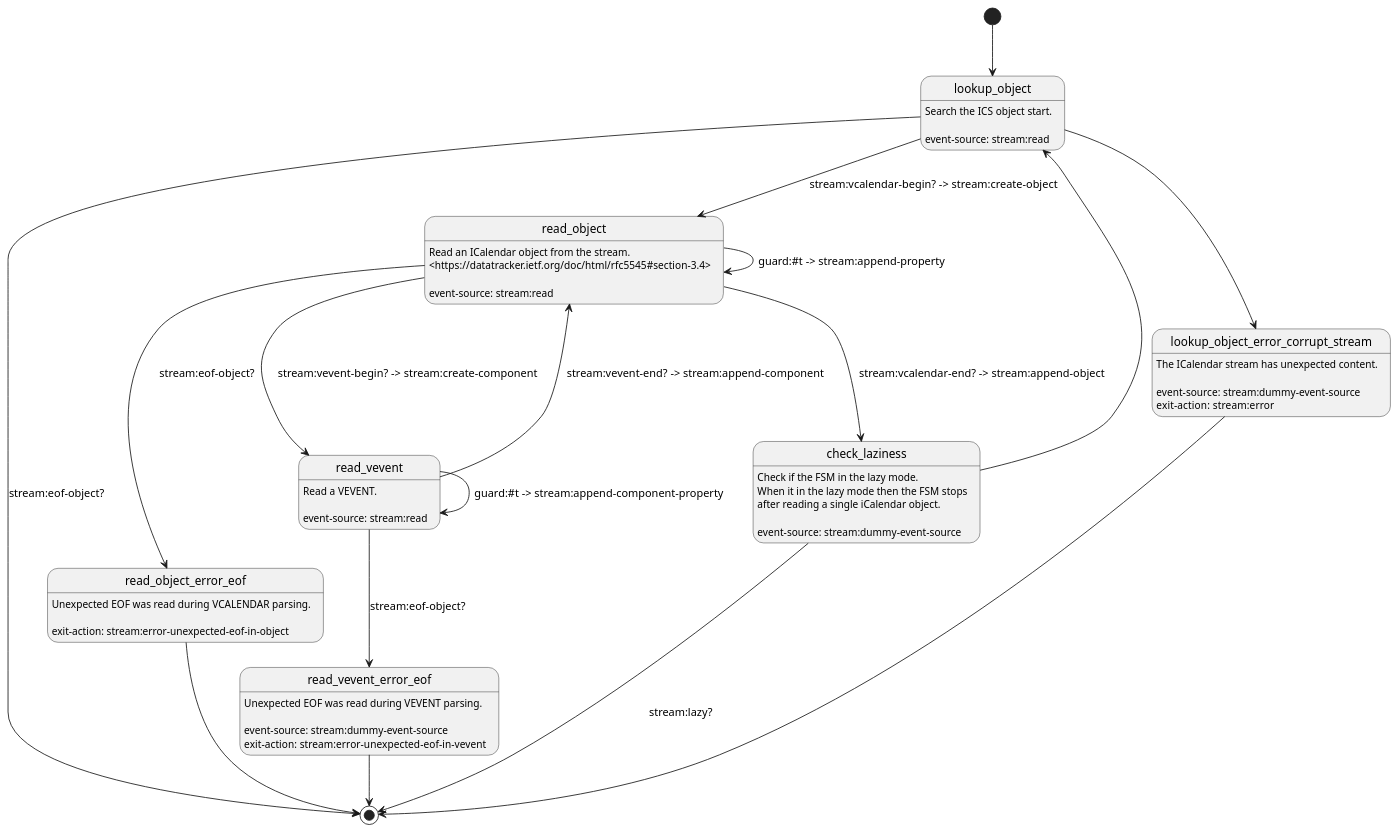
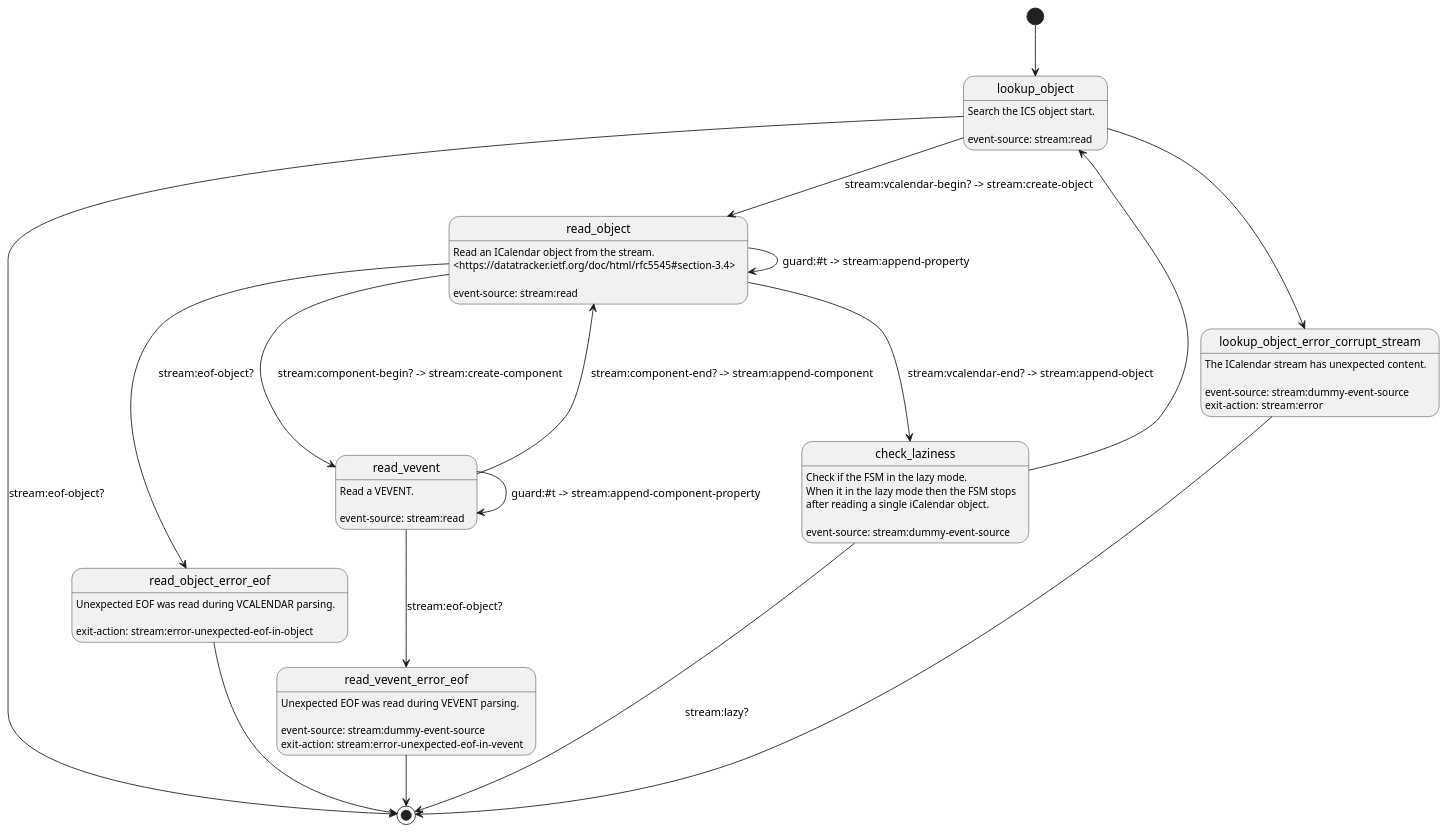
Before and after one commit to artyom-poptsov/guile-ics: the diagram in modules/ics/fsm/stream-parser.puml, drawn with PlantUML. The commit also changed 3 other files, not shown here.

First line of the commit message:
modules/ics/fsm/stream-context: Support all component types

```diff
--- a/modules/ics/fsm/stream-parser.puml
+++ b/modules/ics/fsm/stream-parser.puml
@@ -1,52 +1,52 @@
 @startuml
 [*] --> lookup_object
 
 lookup_object: Search the ICS object start.
 lookup_object:
 lookup_object: event-source: stream:read
 lookup_object --> [*]:         stream:eof-object?
 lookup_object --> read_object: stream:vcalendar-begin? -> stream:create-object
 lookup_object --> lookup_object_error_corrupt_stream
 
 lookup_object_error_corrupt_stream: The ICalendar stream has unexpected content.
 lookup_object_error_corrupt_stream:
 lookup_object_error_corrupt_stream: event-source: stream:dummy-event-source
 lookup_object_error_corrupt_stream: exit-action:  stream:error
 lookup_object_error_corrupt_stream --> [*]
 
 read_object: Read an ICalendar object from the stream.
 read_object: <https://datatracker.ietf.org/doc/html/rfc5545#section-3.4>
 read_object:
 read_object: event-source: stream:read
 read_object --> read_object_error_eof:  stream:eof-object?
 read_object --> check_laziness:         stream:vcalendar-end? -> stream:append-object
-read_object --> read_vevent:            stream:vevent-begin? -> stream:create-component
+read_object --> read_vevent:            stream:component-begin? -> stream:create-component
 read_object --> read_object:            guard:#t -> stream:append-property
 
 check_laziness: Check if the FSM in the lazy mode.
 check_laziness: When it in the lazy mode then the FSM stops
 check_laziness: after reading a single iCalendar object.
 check_laziness:
 check_laziness: event-source: stream:dummy-event-source
 check_laziness --> [*]: stream:lazy?
 check_laziness --> lookup_object
 
 read_object_error_eof: Unexpected EOF was read during VCALENDAR parsing.
 read_object_error_eof:
 read_object_error_eof: exit-action: stream:error-unexpected-eof-in-object
 read_object_error_eof -> [*]
 
 read_vevent: Read a VEVENT.
 read_vevent:
 read_vevent: event-source: stream:read
 read_vevent --> read_vevent_error_eof:  stream:eof-object?
-read_vevent --> read_object:            stream:vevent-end? -> stream:append-component
+read_vevent --> read_object:            stream:component-end? -> stream:append-component
 read_vevent --> read_vevent:            guard:#t -> stream:append-component-property
 
 read_vevent_error_eof: Unexpected EOF was read during VEVENT parsing.
 read_vevent_error_eof:
 read_vevent_error_eof: event-source: stream:dummy-event-source
 read_vevent_error_eof: exit-action:  stream:error-unexpected-eof-in-vevent
 read_vevent_error_eof --> [*]
 
 @enduml
```
